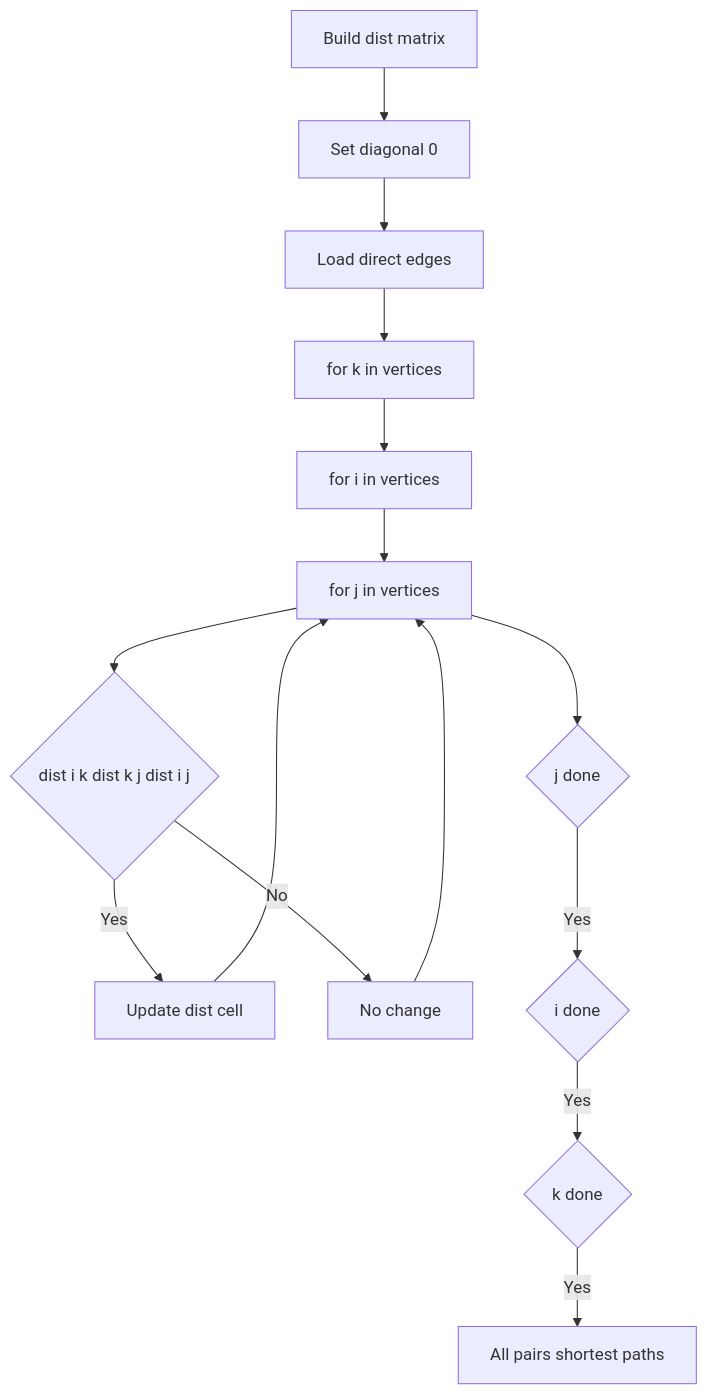
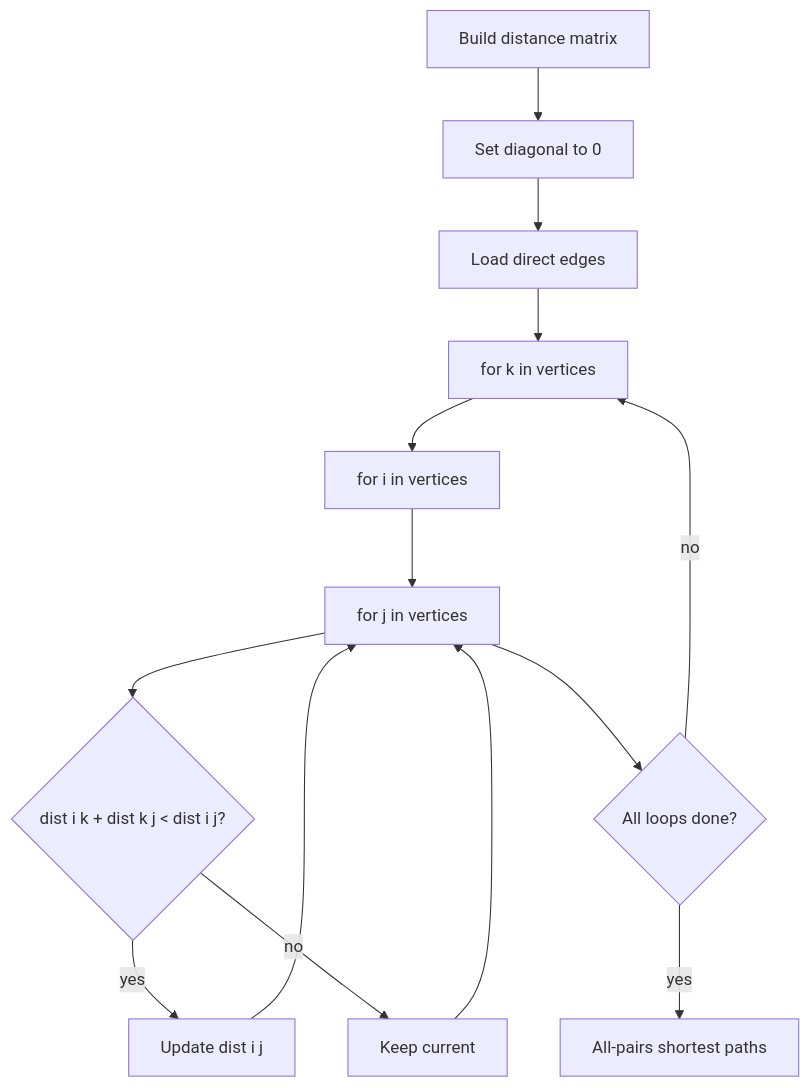
Before and after one commit to choisimo/document: the diagram in content/docs/algorithms/algorithm-architect/01-graph/05-floyd-warshall.md, drawn with Mermaid. The commit also changed other lines of this file and 432 other files, not shown here.

````diff
--- a/content/docs/algorithms/algorithm-architect/01-graph/05-floyd-warshall.md
+++ b/content/docs/algorithms/algorithm-architect/01-graph/05-floyd-warshall.md
@@ -21,17 +73,16 @@
 ```mermaid
 flowchart TD
-    A[Build dist matrix] --> B[Set diagonal 0]
+    A[Build distance matrix] --> B[Set diagonal to 0]
     B --> C[Load direct edges]
     C --> D[for k in vertices]
     D --> E[for i in vertices]
     E --> F[for j in vertices]
-    F --> G{dist i k dist k j dist i j}
-    G -- Yes --> H[Update dist cell]
-    G -- No --> I[No change]
+    F --> G{dist i k + dist k j < dist i j?}
+    G -- yes --> H[Update dist i j]
+    G -- no --> I[Keep current]
     H --> F
     I --> F
-    F --> J{j done}
-    J -- Yes --> K{i done}
-    K -- Yes --> L{k done}
-    L -- Yes --> M[All pairs shortest paths]
+    F --> J{All loops done?}
+    J -- yes --> K[All-pairs shortest paths]
+    J -- no --> D
 ```
````
